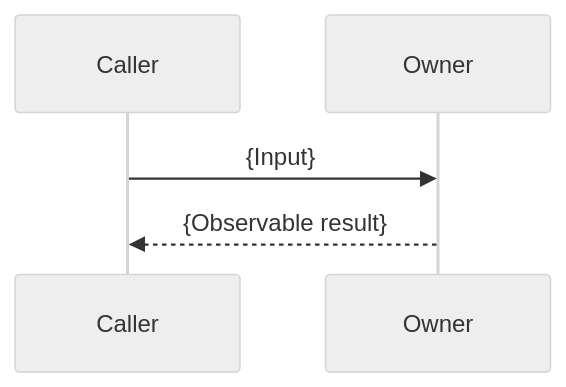
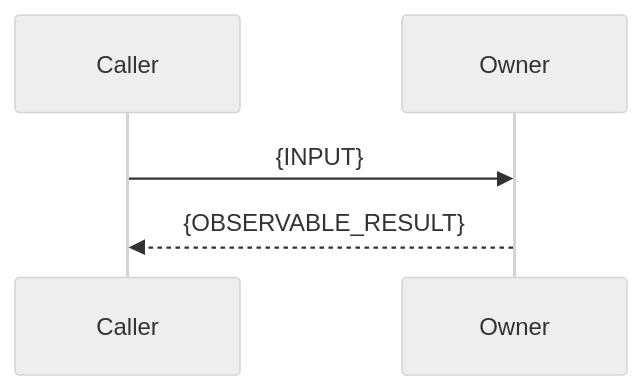
Before and after one commit to nikolanovoselec/codeflare: the second of 2 diagrams in preseed/agents/claude/skills/spec-driven-development/references/templates/documentation-architecture.md, drawn with Mermaid (neutral theme). The commit also changed other lines of this file and 16 other files, not shown here.

````diff
--- a/preseed/agents/claude/skills/spec-driven-development/references/templates/documentation-architecture.md
+++ b/preseed/agents/claude/skills/spec-driven-development/references/templates/documentation-architecture.md
@@ -77,7 +77,7 @@
 ```mermaid
 sequenceDiagram
   participant Caller
   participant Owner
-  Caller->>Owner: {Input}
-  Owner-->>Caller: {Observable result}
+  Caller->>Owner: {INPUT}
+  Owner-->>Caller: {OBSERVABLE_RESULT}
 ```
````
